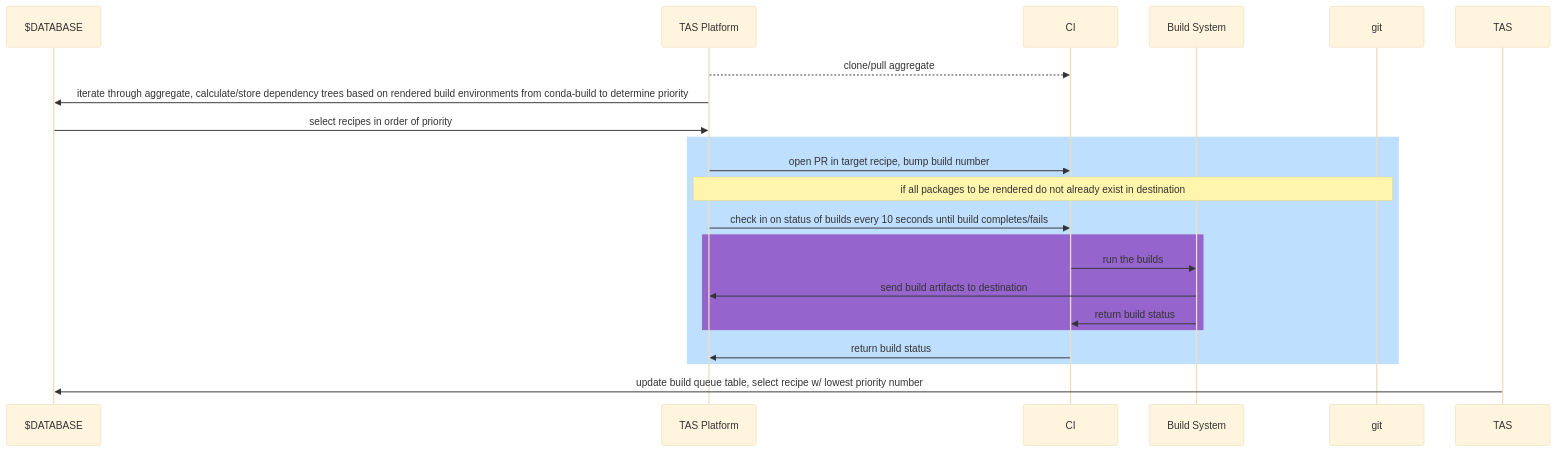
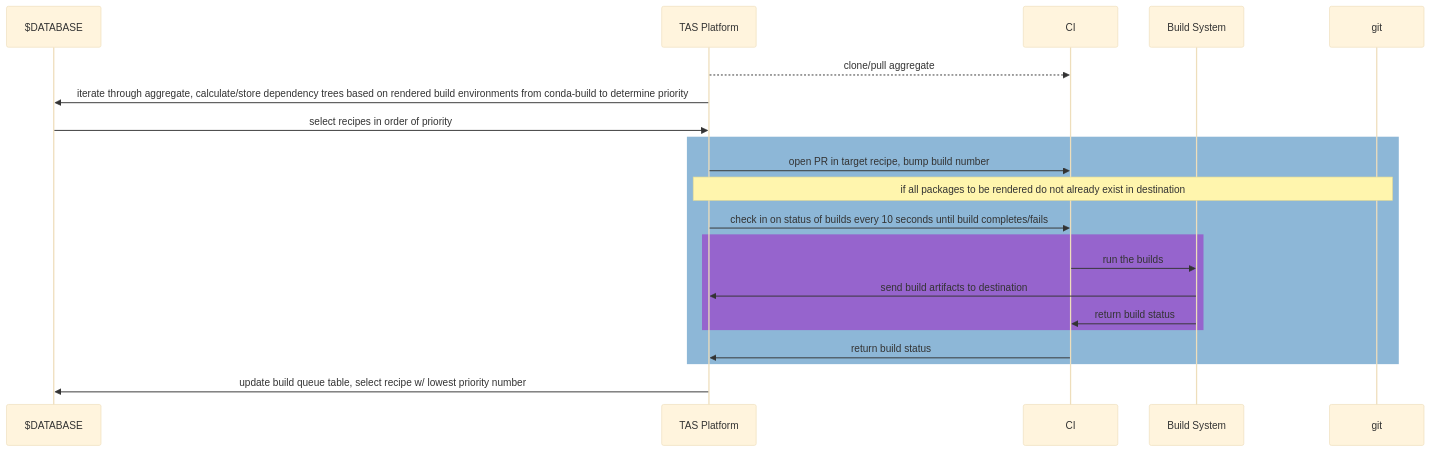
Before and after one commit to mxava/tas-platform: the diagram in docs/architecture.md, drawn with Mermaid (base theme).

````diff
--- a/docs/architecture.md
+++ b/docs/architecture.md
@@ -3,22 +3,22 @@
 ```mermaid
 sequenceDiagram
     participant $DATABASE
     participant TAS Platform
     participant CI
     participant Build System
     TAS Platform-->>CI: clone/pull aggregate
     TAS Platform->>$DATABASE: iterate through aggregate, calculate/store dependency trees based on rendered build environments from conda-build to determine priority
     $DATABASE->>TAS Platform: select recipes in order of priority
-    rect rgb(191, 223, 255)
+    rect rgb(141, 183, 215)
     TAS Platform->>CI: open PR in target recipe, bump build number
     Note over TAS Platform,git: if all packages to be rendered do not already exist in destination
     TAS Platform->>CI: check in on status of builds every 10 seconds until build completes/fails
     rect rgb(150, 100, 205)
     CI->>Build System: run the builds
     Build System->>TAS Platform: send build artifacts to destination
     Build System->>CI: return build status
     end
     CI->>TAS Platform: return build status
     end
-    TAS->>$DATABASE: update build queue table, select recipe w/ lowest priority number    
+    TAS Platform->>$DATABASE: update build queue table, select recipe w/ lowest priority number    
 ```
````
